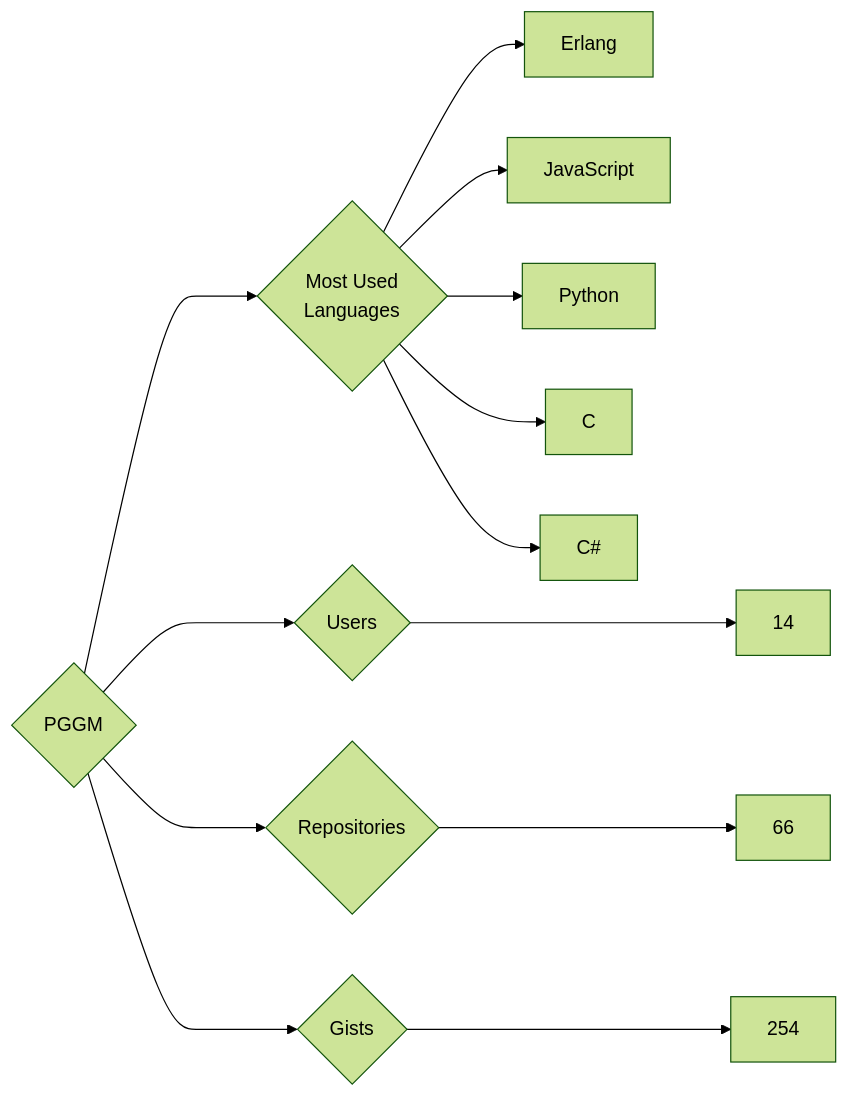
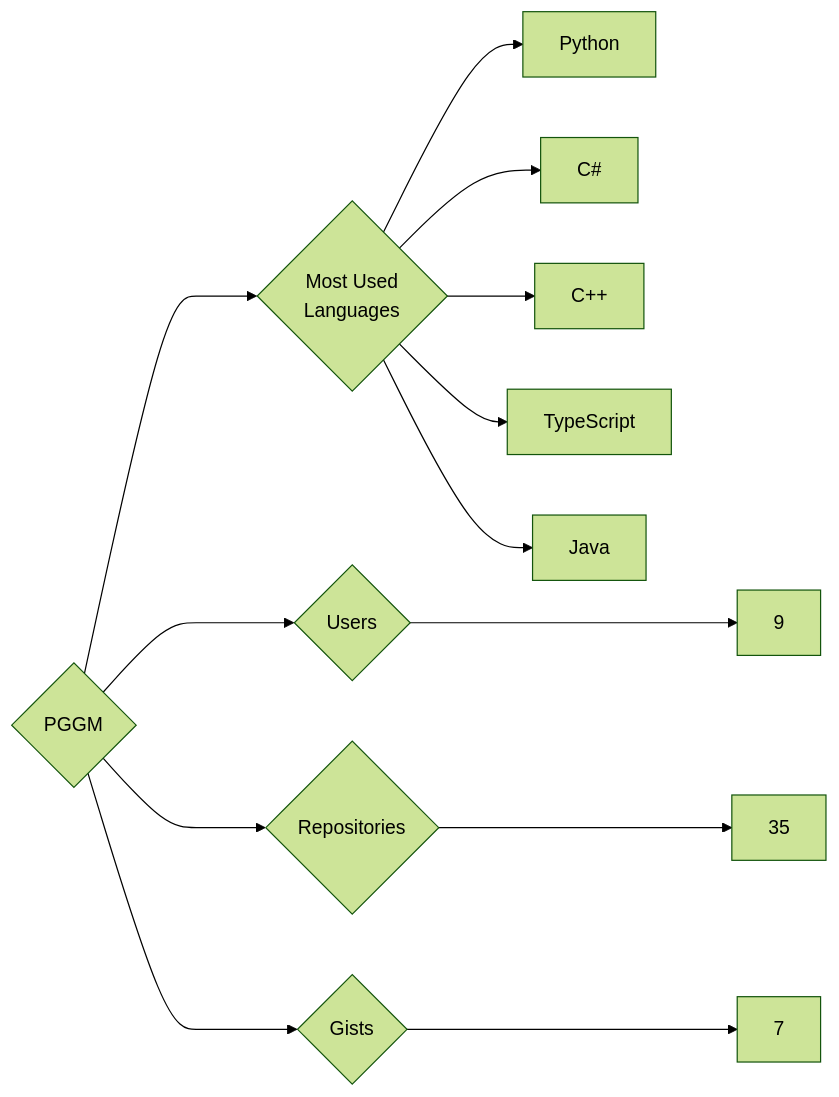
Before and after one commit to trickest/insiders: the diagram in targets/PGGM/README.md, drawn with Mermaid (forest theme). The commit also changed 955 other files, not shown here.

````diff
--- a/targets/PGGM/README.md
+++ b/targets/PGGM/README.md
@@ -3,13 +3,13 @@
 ```mermaid
 graph LR
 COMPANY_NAME{PGGM}
-COMPANY_NAME ---> U{Users} ---> UN[14]
-COMPANY_NAME ---> R{Repositories} ---> RN[66]
-COMPANY_NAME ---> G{Gists} ---> GN[254]
+COMPANY_NAME ---> U{Users} ---> UN[9]
+COMPANY_NAME ---> R{Repositories} ---> RN[35]
+COMPANY_NAME ---> G{Gists} ---> GN[7]
 COMPANY_NAME ---> ML{Most Used<br>Languages}
-ML --> Erlang[Erlang]
-ML --> JavaScript[JavaScript]
 ML --> Python[Python]
-ML --> C[C]
 ML --> C#[C#]
+ML --> C++[C++]
+ML --> TypeScript[TypeScript]
+ML --> Java[Java]
 ```
````
